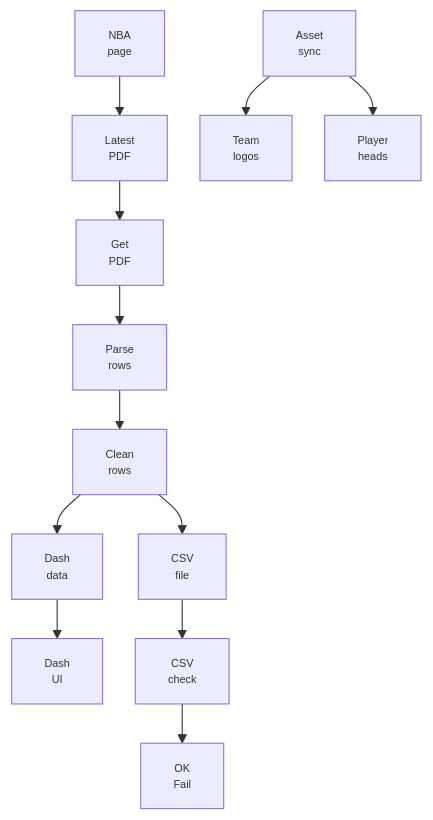
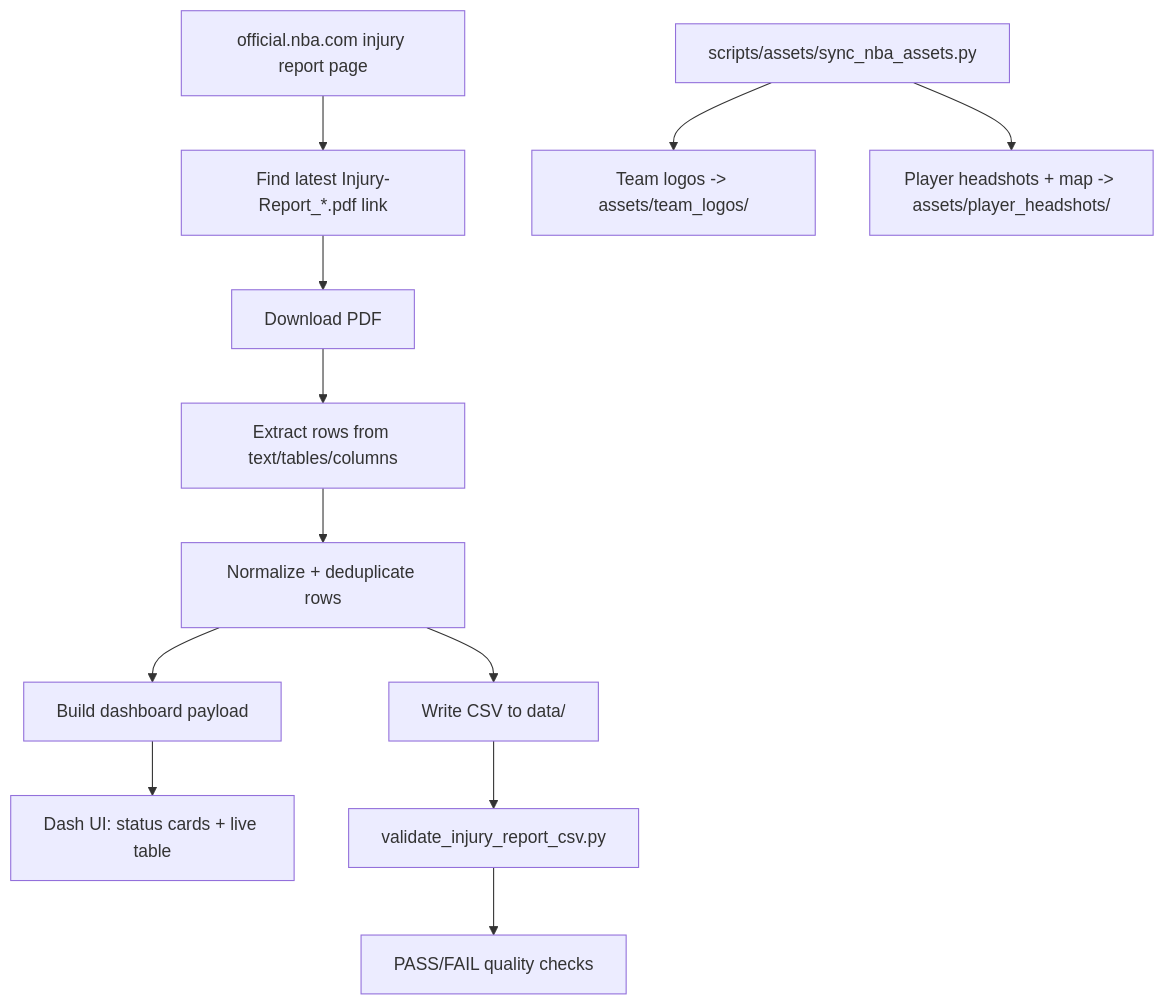
The diagram in README.md (LucasB19/NBA-Injury-Report), drawn with Mermaid before and after one commit.

Commit message:
docs: update README mermaid flow

````diff
--- a/README.md
+++ b/README.md
@@ -20,17 +20,16 @@
 ```mermaid
-%%{init: {'themeVariables': {'fontSize': '10px'}, 'flowchart': {'nodeSpacing': 30, 'rankSpacing': 36}} }%%
 flowchart TD
-  A[NBA<br/>page] --> B[Latest<br/>PDF]
-  B --> C[Get<br/>PDF]
-  C --> D[Parse<br/>rows]
-  D --> E[Clean<br/>rows]
-  E --> F[CSV<br/>file]
-  E --> G[Dash<br/>data]
-  G --> H[Dash<br/>UI]
+  A[official.nba.com injury report page] --> B[Find latest Injury-Report_*.pdf link]
+  B --> C[Download PDF]
+  C --> D[Extract rows from text/tables/columns]
+  D --> E[Normalize + deduplicate rows]
+  E --> F[Write CSV to data/]
+  E --> G[Build dashboard payload]
+  G --> H[Dash UI: status cards + live table]
 
-  I[Asset<br/>sync] --> J[Team<br/>logos]
-  I --> K[Player<br/>heads]
+  I[scripts/assets/sync_nba_assets.py] --> J[Team logos -> assets/team_logos/]
+  I --> K[Player headshots + map -> assets/player_headshots/]
 
-  F --> L[CSV<br/>check]
-  L --> M[OK<br/>Fail]
+  F --> L[validate_injury_report_csv.py]
+  L --> M[PASS/FAIL quality checks]
 ```
````
